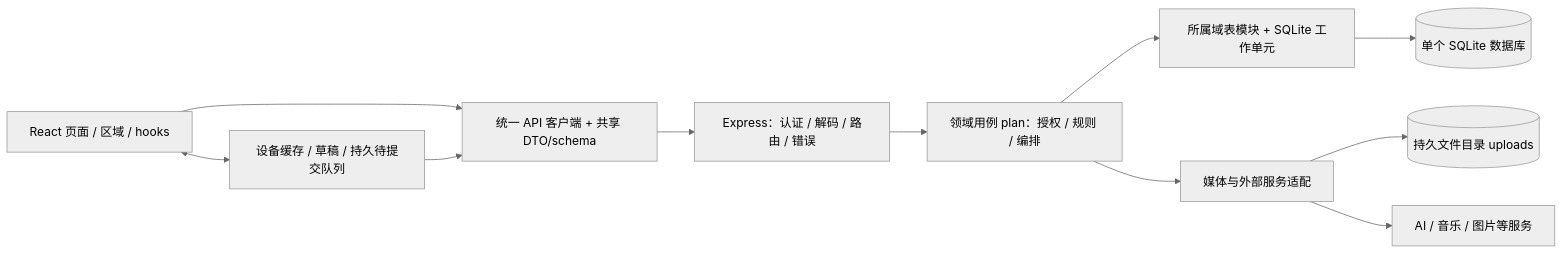
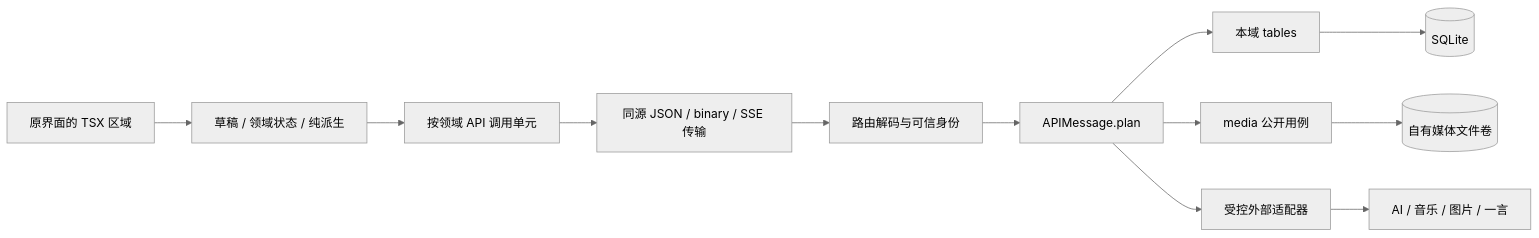
Before and after one commit to XuYouo/Meow: the diagram in docs/architecture.md, drawn with Mermaid (neutral theme). The commit also changed other lines of this file and 509 other files, not shown here.

````diff
--- a/docs/architecture.md
+++ b/docs/architecture.md
@@ -214,23 +32,14 @@
 ```mermaid
 flowchart LR
-  UI[React 页面 / 区域 / hooks]
-  CACHE[设备缓存 / 草稿 / 持久待提交队列]
-  API[统一 API 客户端 + 共享 DTO/schema]
-  HTTP[Express：认证 / 解码 / 路由 / 错误]
-  USE[领域用例 plan：授权 / 规则 / 编排]
-  TABLE[所属域表模块 + SQLite 工作单元]
-  DB[(单个 SQLite 数据库)]
-  MEDIA[媒体与外部服务适配]
-  FILES[(持久文件目录 uploads)]
-  EXT[AI / 音乐 / 图片等服务]
-  UI <--> CACHE
-  UI --> API
-  CACHE --> API
-  API --> HTTP
-  HTTP --> USE
-  USE --> TABLE
-  TABLE --> DB
-  USE --> MEDIA
-  MEDIA --> FILES
-  MEDIA --> EXT
+  UI[原界面的 TSX 区域] --> State[草稿 / 领域状态 / 纯派生]
+  State --> Client[按领域 API 调用单元]
+  Client --> Transport[同源 JSON / binary / SSE 传输]
+  Transport --> Router[路由解码与可信身份]
+  Router --> Usecase[APIMessage.plan]
+  Usecase --> Tables[本域 tables]
+  Tables --> DB[(SQLite)]
+  Usecase --> Media[media 公开用例]
+  Media --> Files[(自有媒体文件卷)]
+  Usecase --> External[受控外部适配器]
+  External --> Provider[AI / 音乐 / 图片 / 一言]
 ```
````
